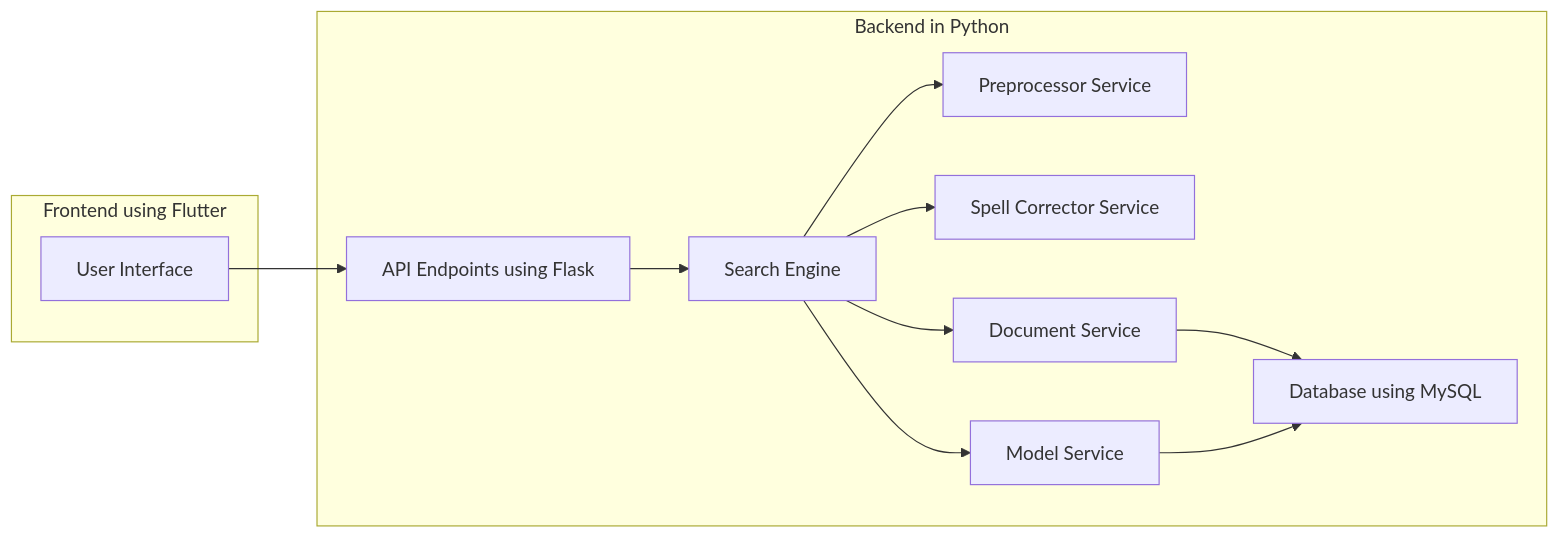
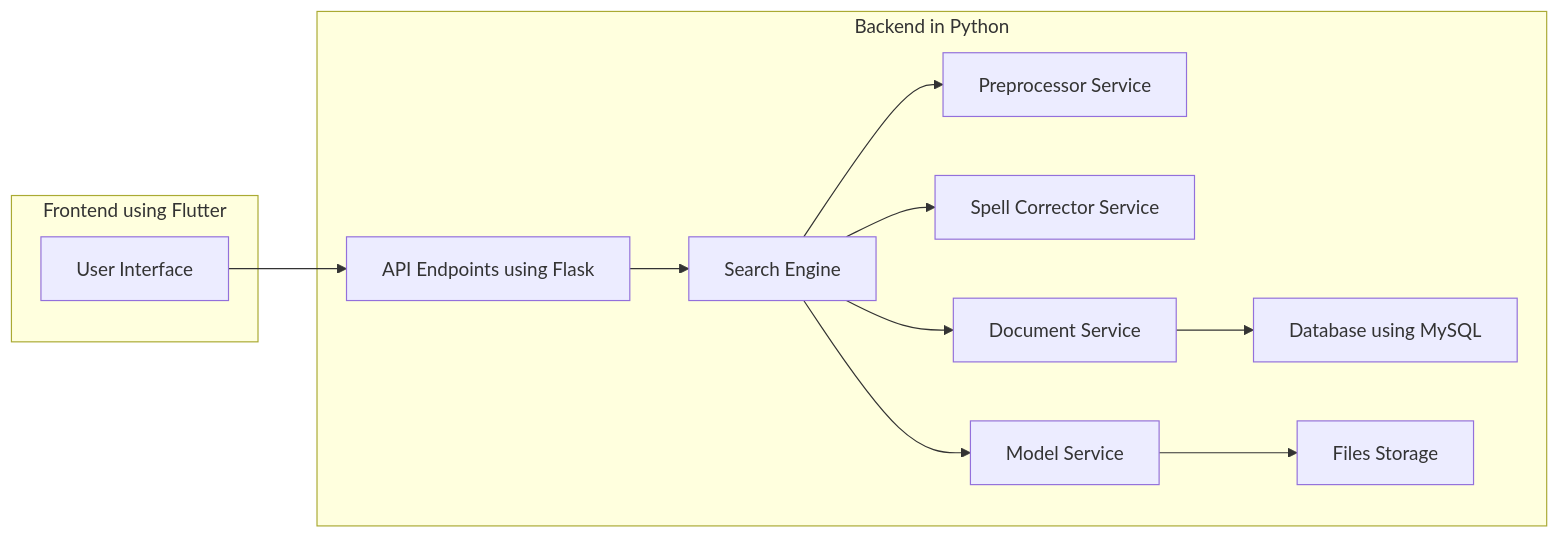
One commit to YasserBar/IR-Search-Engine changed the diagram in README.md. Above: the diagram before and after it, drawn with Mermaid.

````diff
--- a/README.md
+++ b/README.md
@@ -77,23 +77,24 @@
 ``` mermaid
 graph LR
     subgraph Frontend using Flutter
         A[User Interface]
     end
     subgraph Backend in Python
         B[API Endpoints using Flask]
         C[Search Engine]
         D[Preprocessor Service]
         E[Spell Corrector Service]
         F[Document Service]
         G[Model Service]
         H[Database using MySQL] 
+        I[Files Storage]
     end
     A --> B
     B --> C
     C --> D
     C --> E
     C --> F
     C --> G
     F --> H
-    G --> H
+    G --> I
 ```
````
